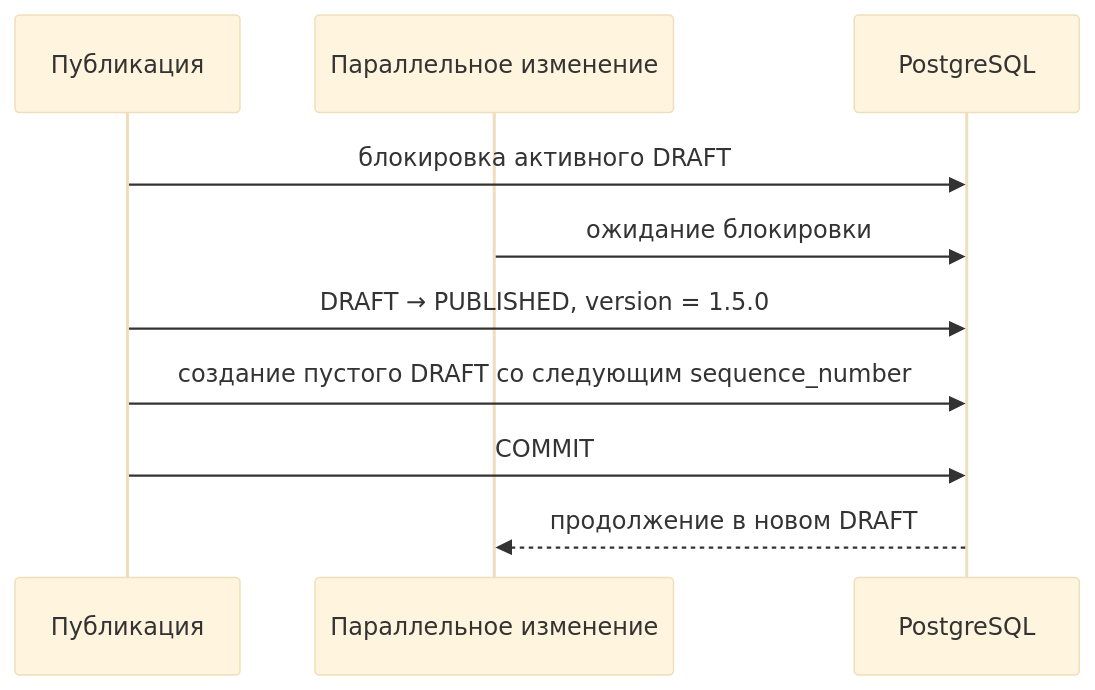
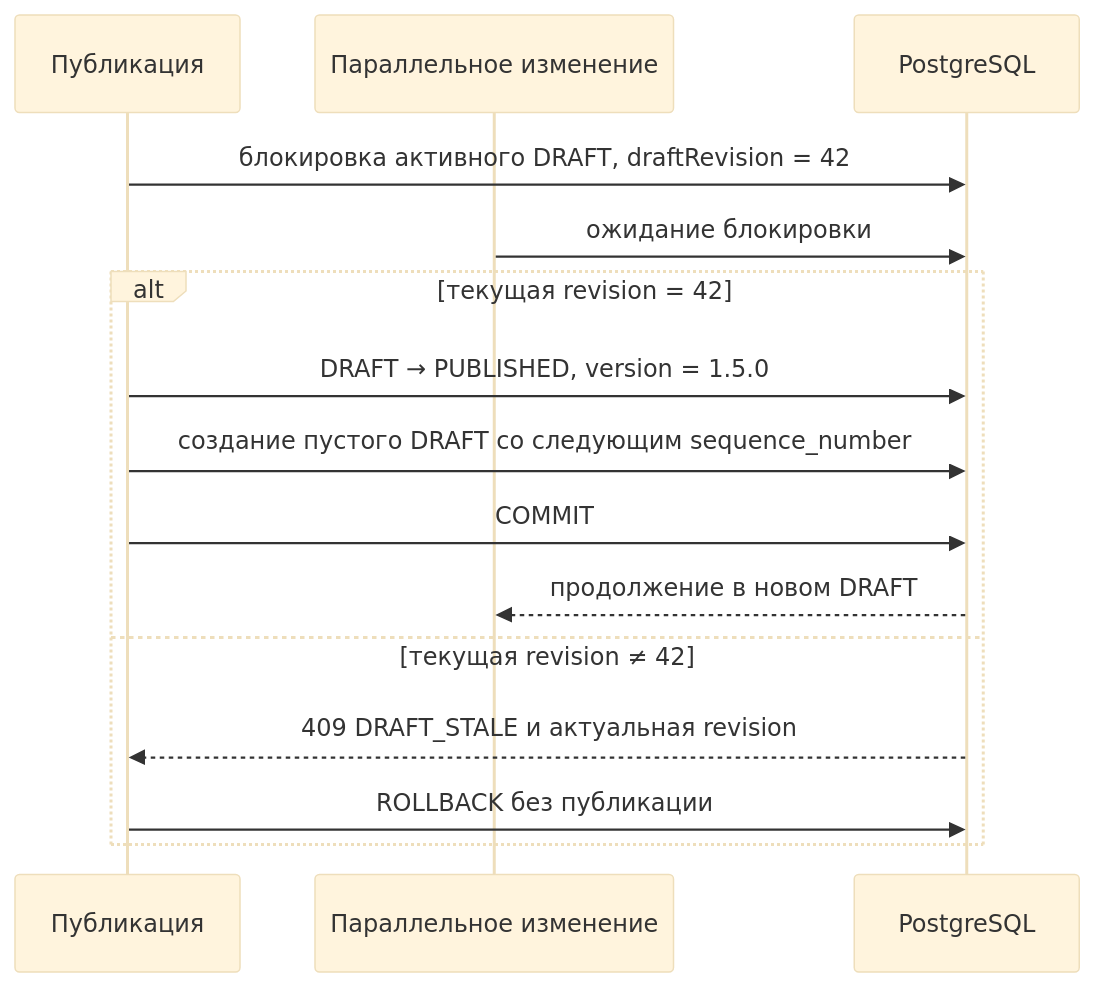
One commit to salute-developers/design-system-builder changed the second of 2 diagrams in openspec/architecture/ADR-0007-multi-user-editing-and-change-journal.md. Above: the diagram before and after it, drawn with Mermaid (base theme). The commit also changed other lines of this file and 9 other files, not shown here.

````diff
--- a/openspec/architecture/ADR-0007-multi-user-editing-and-change-journal.md
+++ b/openspec/architecture/ADR-0007-multi-user-editing-and-change-journal.md
@@ -549,12 +723,17 @@
 ```mermaid
 sequenceDiagram
     participant P as Публикация
     participant M as Параллельное изменение
     participant DB as PostgreSQL
-    P->>DB: блокировка активного DRAFT
+    P->>DB: блокировка активного DRAFT, draftRevision = 42
     M->>DB: ожидание блокировки
-    P->>DB: DRAFT → PUBLISHED, version = 1.5.0
-    P->>DB: создание пустого DRAFT со следующим sequence_number
-    P->>DB: COMMIT
-    DB-->>M: продолжение в новом DRAFT
+    alt текущая revision = 42
+        P->>DB: DRAFT → PUBLISHED, version = 1.5.0
+        P->>DB: создание пустого DRAFT со следующим sequence_number
+        P->>DB: COMMIT
+        DB-->>M: продолжение в новом DRAFT
+    else текущая revision ≠ 42
+        DB-->>P: 409 DRAFT_STALE и актуальная revision
+        P->>DB: ROLLBACK без публикации
+    end
 ```
````
